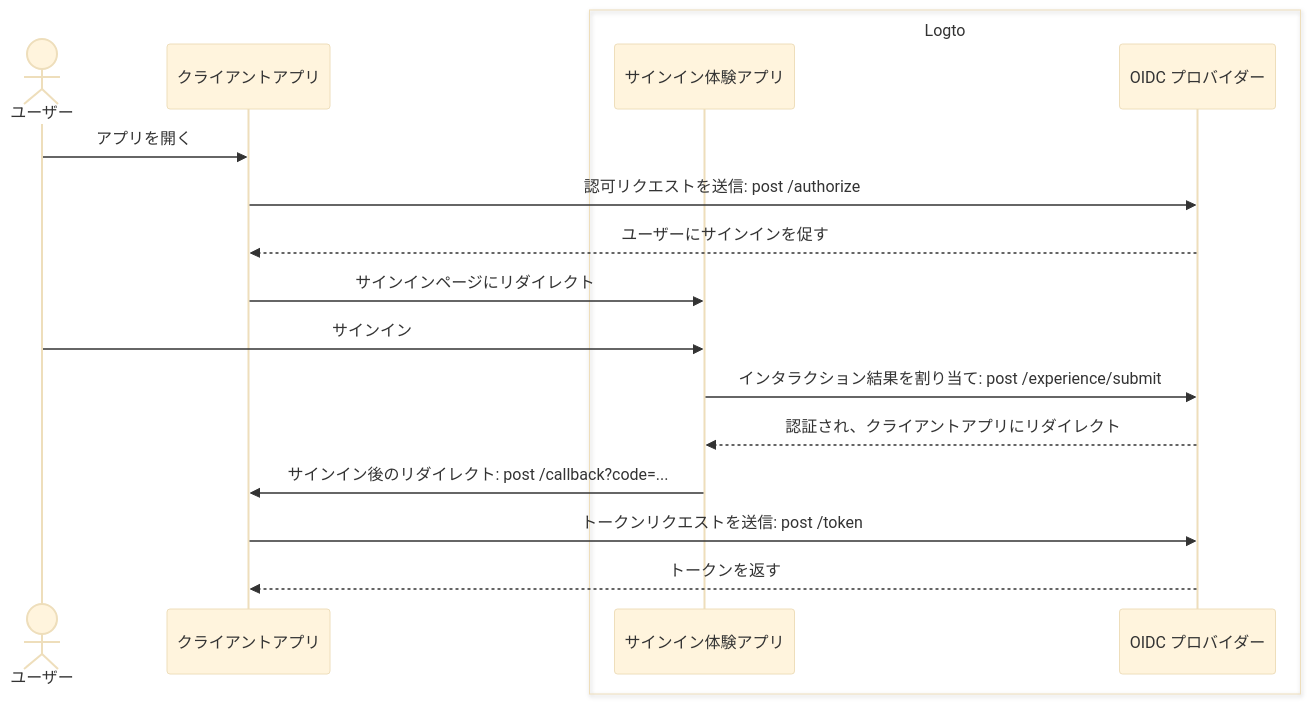
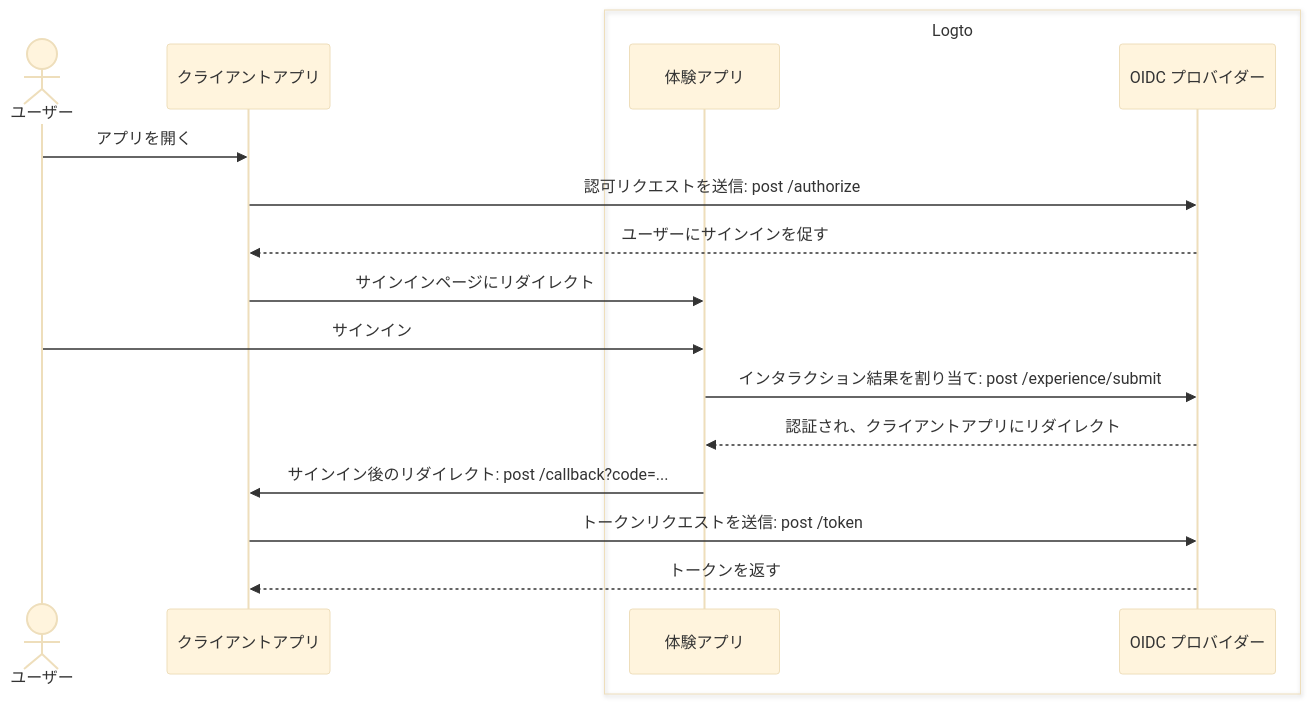
Before and after one commit to logto-io/docs: the first of 2 diagrams in i18n/ja/docusaurus-plugin-content-docs/current/end-user-flows/sign-up-and-sign-in/README.mdx, drawn with Mermaid (base theme). The commit also changed other lines of this file and 407 other files, not shown here.

````diff
--- a/i18n/ja/docusaurus-plugin-content-docs/current/end-user-flows/sign-up-and-sign-in/README.mdx
+++ b/i18n/ja/docusaurus-plugin-content-docs/current/end-user-flows/sign-up-and-sign-in/README.mdx
@@ -15,21 +15,21 @@
 ```mermaid
 sequenceDiagram
   actor user as ユーザー
   participant client as クライアントアプリ
 
   box Logto
-    participant experience as サインイン体験アプリ
+    participant experience as 体験アプリ
     participant oidc as OIDC プロバイダー
   end
 
   user ->> client: アプリを開く
   client ->> oidc: 認可リクエストを送信: post /authorize
   oidc -->> client: ユーザーにサインインを促す
   client ->> experience: サインインページにリダイレクト
   user ->> experience: サインイン
   experience ->> oidc: インタラクション結果を割り当て: post /experience/submit
   oidc -->> experience: 認証され、クライアントアプリにリダイレクト
   experience ->> client: サインイン後のリダイレクト: post /callback?code=...
   client ->> oidc: トークンリクエストを送信: post /token
   oidc -->> client: トークンを返す
 ```
````
